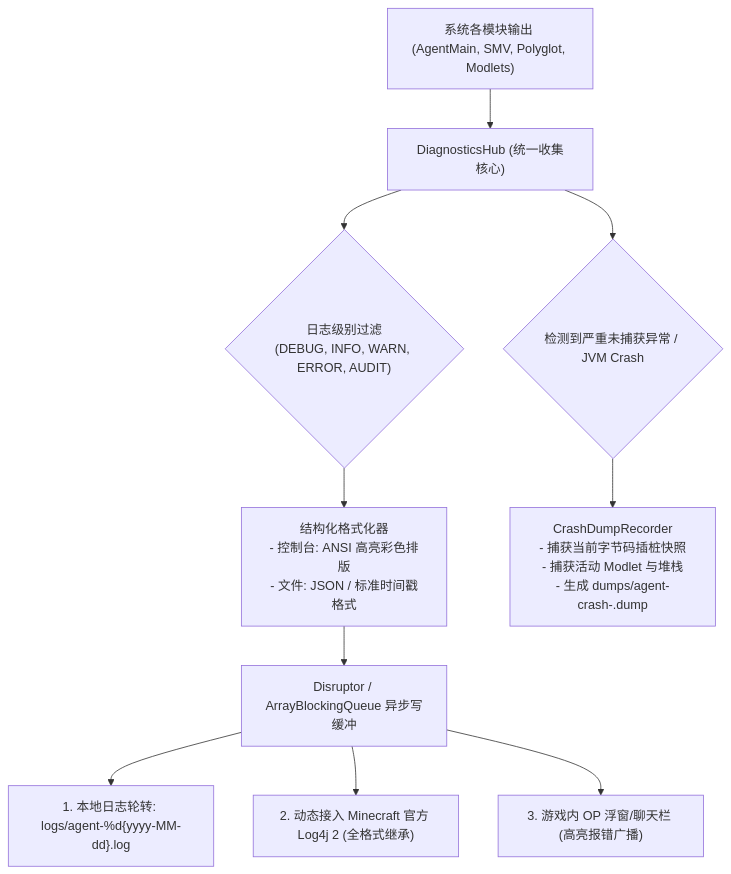
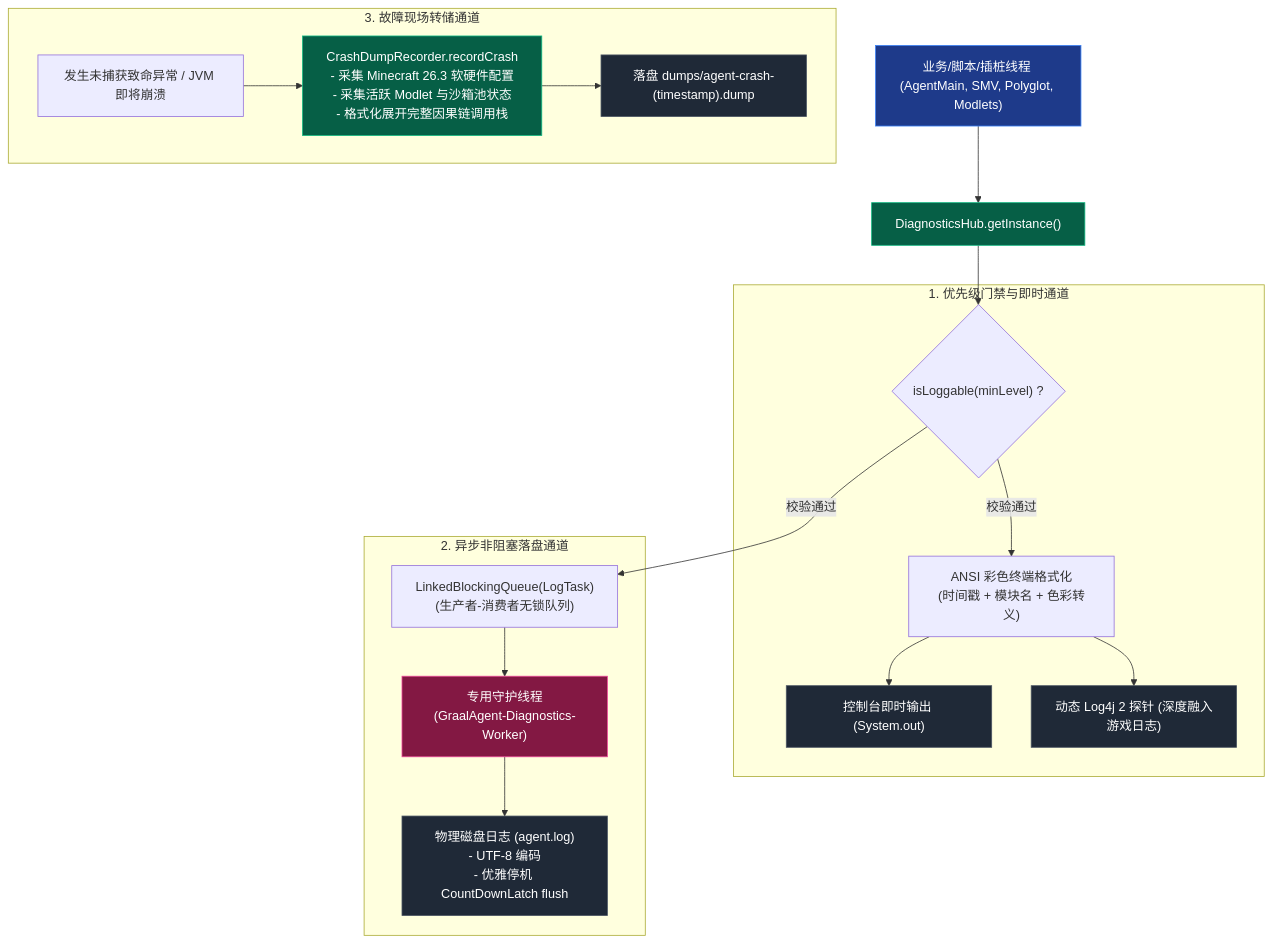
The diagram in docs/new_base/Module-Diagnostics-and-Logging.md (nooooocato/graal-agent), drawn with Mermaid before and after one commit. The commit also changed other lines of this file and 16 other files, not shown here.

````diff
--- a/docs/new_base/Module-Diagnostics-and-Logging.md
+++ b/docs/new_base/Module-Diagnostics-and-Logging.md
@@ -21,17 +33,39 @@
 ```mermaid
 flowchart TD
-    LogInput["系统各模块输出 (AgentMain, SMV, Polyglot, Modlets)"] --> Collector["DiagnosticsHub (统一收集核心)"]
+    classDef caller fill:#1e3a8a,stroke:#3b82f6,color:#fff
+    classDef hub fill:#065f46,stroke:#10b981,color:#fff
+    classDef worker fill:#831843,stroke:#ec4899,color:#fff
+    classDef sink fill:#1f2937,stroke:#4b5563,color:#fff
 
-    Collector --> LevelFilter{"日志级别过滤\n(DEBUG, INFO, WARN, ERROR, AUDIT)"}
-    
-    LevelFilter --> Formatter["结构化格式化器\n- 控制台: ANSI 高亮彩色排版\n- 文件: JSON / 标准时间戳格式"]
+    Callers["业务/脚本/插桩线程 (AgentMain, SMV, Polyglot, Modlets)"]:::caller --> Hub["DiagnosticsHub.getInstance()"]:::hub
 
-    Formatter --> AsyncQueue["Disruptor / ArrayBlockingQueue 异步写缓冲"]
-    
-    AsyncQueue --> SinkFile["1. 本地日志轮转: logs/agent-%d{yyyy-MM-dd}.log"]
-    AsyncQueue --> SinkLog4j["2. 动态接入 Minecraft 官方 Log4j 2 (全格式继承)"]
-    AsyncQueue --> SinkInGame["3. 游戏内 OP 浮窗/聊天栏 (高亮报错广播)"]
+    subgraph FilterPipeline["1. 优先级门禁与即时通道"]
+        LevelCheck{"isLoggable(minLevel) ?"}
+        ANSIFormat["ANSI 彩色终端格式化\n(时间戳 + 模块名 + 色彩转义)"]
+        InstantOut["控制台即时输出 (System.out)"]:::sink
+        Log4jSink["动态 Log4j 2 探针 (深度融入游戏日志)"]:::sink
+    end
 
-    Collector --> CrashTrigger{"检测到严重未捕获异常 / JVM Crash"}
-    CrashTrigger --> DumpGen["CrashDumpRecorder\n- 捕获当前字节码插桩快照\n- 捕获活动 Modlet 与堆栈\n- 生成 dumps/agent-crash-<timestamp>.dump"]
+    subgraph AsyncPipeline["2. 异步非阻塞落盘通道"]
+        Queue["LinkedBlockingQueue(LogTask)\n(生产者-消费者无锁队列)"]
+        Daemon["专用守护线程\n(GraalAgent-Diagnostics-Worker)"]:::worker
+        FileDisk["物理磁盘日志 (agent.log)\n- UTF-8 编码\n- 优雅停机 CountDownLatch flush"]:::sink
+    end
+
+    subgraph CrashPipeline["3. 故障现场转储通道"]
+        CrashTrigger["发生未捕获致命异常 / JVM 即将崩溃"]
+        CDR["CrashDumpRecorder.recordCrash\n- 采集 Minecraft 26.3 软硬件配置\n- 采集活跃 Modlet 与沙箱池状态\n- 格式化展开完整因果链调用栈"]:::hub
+        DumpFile["落盘 dumps/agent-crash-(timestamp).dump"]:::sink
+    end
+
+    Hub --> LevelCheck
+    LevelCheck -->|校验通过| ANSIFormat
+    ANSIFormat --> InstantOut
+    ANSIFormat --> Log4jSink
+    LevelCheck -->|校验通过| Queue
+    Queue --> Daemon
+    Daemon --> FileDisk
+
+    CrashTrigger --> CDR
+    CDR --> DumpFile
 ```
````
